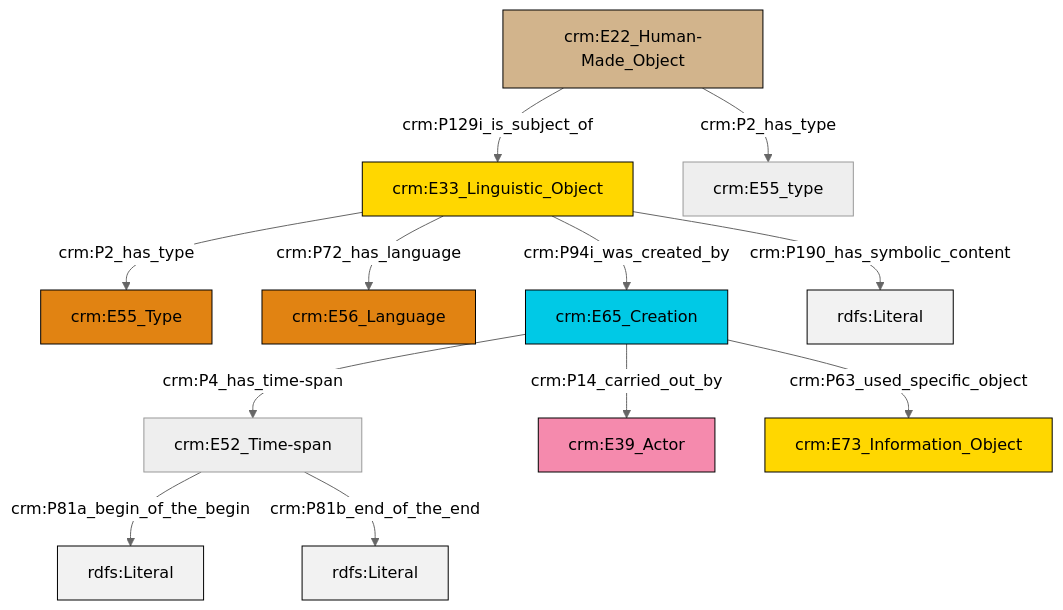
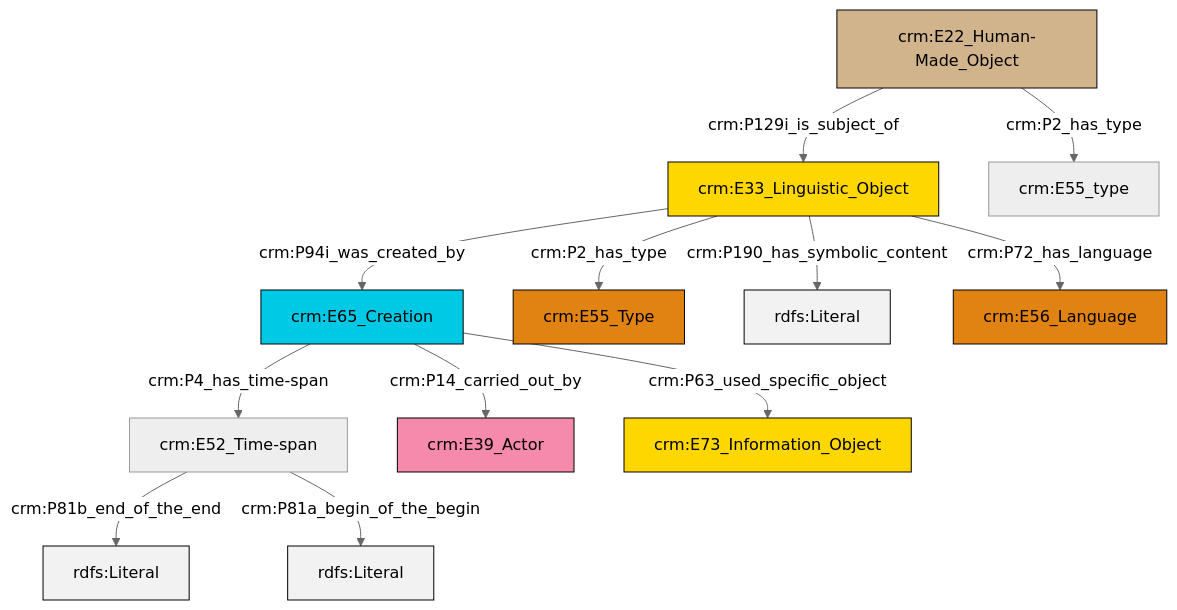
The diagram in et/artworkCSV/ttl/mmd/Artwork_Description.ttl.mmd (swiss-art-research-net/docs.swissartresearch), drawn with Mermaid (neutral theme) before and after one commit. The commit also changed 173 other files, not shown here.

```diff
--- a/et/artworkCSV/ttl/mmd/Artwork_Description.ttl.mmd
+++ b/et/artworkCSV/ttl/mmd/Artwork_Description.ttl.mmd
@@ -1,26 +1,26 @@
 graph TD
 classDef Literal fill:#f2f2f2,stroke:#000000;
 classDef CRM_Entity fill:#FFFFFF,stroke:#000000;
 classDef Temporal_Entity fill:#00C9E6, stroke:#000000;
 classDef Type fill:#E18312, stroke:#000000;
 classDef Time-Span fill:#2C9C91, stroke:#000000;
 classDef Appellation fill:#FFEB7F, stroke:#000000;
 classDef Place fill:#008836, stroke:#000000;
 classDef Persistent_Item fill:#B266B2, stroke:#000000;
 classDef Conceptual_Object fill:#FFD700, stroke:#000000;
 classDef Physical_Thing fill:#D2B48C, stroke:#000000;
 classDef Actor fill:#f58aad, stroke:#000000;
 classDef PC_Classes fill:#4ce600, stroke:#000000;
 classDef Multi fill:#cccccc,stroke:#000000;
 
-2["crm:E22_Human-Made_Object"]:::Physical_Thing -->|crm:P129i_is_subject_of| 3["crm:E33_Linguistic_Object"]:::Conceptual_Object
-3["crm:E33_Linguistic_Object"]:::Conceptual_Object -->|crm:P2_has_type| 4["crm:E55_Type"]:::Type
-2["crm:E22_Human-Made_Object"]:::Physical_Thing -->|crm:P2_has_type| 5["crm:E55_type"]:::Default
-3["crm:E33_Linguistic_Object"]:::Conceptual_Object -->|crm:P72_has_language| 8["crm:E56_Language"]:::Type
-10["crm:E65_Creation"]:::Temporal_Entity -->|crm:P63_used_specific_object| 11["crm:E73_Information_Object"]:::Conceptual_Object
-3["crm:E33_Linguistic_Object"]:::Conceptual_Object -->|crm:P94i_was_created_by| 10["crm:E65_Creation"]:::Temporal_Entity
-3["crm:E33_Linguistic_Object"]:::Conceptual_Object -->|crm:P190_has_symbolic_content| 14[rdfs:Literal]:::Literal
-0["crm:E52_Time-span"]:::Default -->|crm:P81a_begin_of_the_begin| 17[rdfs:Literal]:::Literal
-10["crm:E65_Creation"]:::Temporal_Entity -->|crm:P14_carried_out_by| 6["crm:E39_Actor"]:::Actor
-0["crm:E52_Time-span"]:::Default -->|crm:P81b_end_of_the_end| 18[rdfs:Literal]:::Literal
-10["crm:E65_Creation"]:::Temporal_Entity -->|crm:P4_has_time-span| 0["crm:E52_Time-span"]:::Default
+4["crm:E52_Time-span"]:::Default -->|crm:P81b_end_of_the_end| 6[rdfs:Literal]:::Literal
+7["crm:E65_Creation"]:::Temporal_Entity -->|crm:P14_carried_out_by| 9["crm:E39_Actor"]:::Actor
+2["crm:E22_Human-Made_Object"]:::Physical_Thing -->|crm:P2_has_type| 10["crm:E55_type"]:::Default
+0["crm:E33_Linguistic_Object"]:::Conceptual_Object -->|crm:P2_has_type| 13["crm:E55_Type"]:::Type
+4["crm:E52_Time-span"]:::Default -->|crm:P81a_begin_of_the_begin| 14[rdfs:Literal]:::Literal
+0["crm:E33_Linguistic_Object"]:::Conceptual_Object -->|crm:P190_has_symbolic_content| 15[rdfs:Literal]:::Literal
+0["crm:E33_Linguistic_Object"]:::Conceptual_Object -->|crm:P72_has_language| 16["crm:E56_Language"]:::Type
+7["crm:E65_Creation"]:::Temporal_Entity -->|crm:P63_used_specific_object| 11["crm:E73_Information_Object"]:::Conceptual_Object
+7["crm:E65_Creation"]:::Temporal_Entity -->|crm:P4_has_time-span| 4["crm:E52_Time-span"]:::Default
+2["crm:E22_Human-Made_Object"]:::Physical_Thing -->|crm:P129i_is_subject_of| 0["crm:E33_Linguistic_Object"]:::Conceptual_Object
+0["crm:E33_Linguistic_Object"]:::Conceptual_Object -->|crm:P94i_was_created_by| 7["crm:E65_Creation"]:::Temporal_Entity
```
